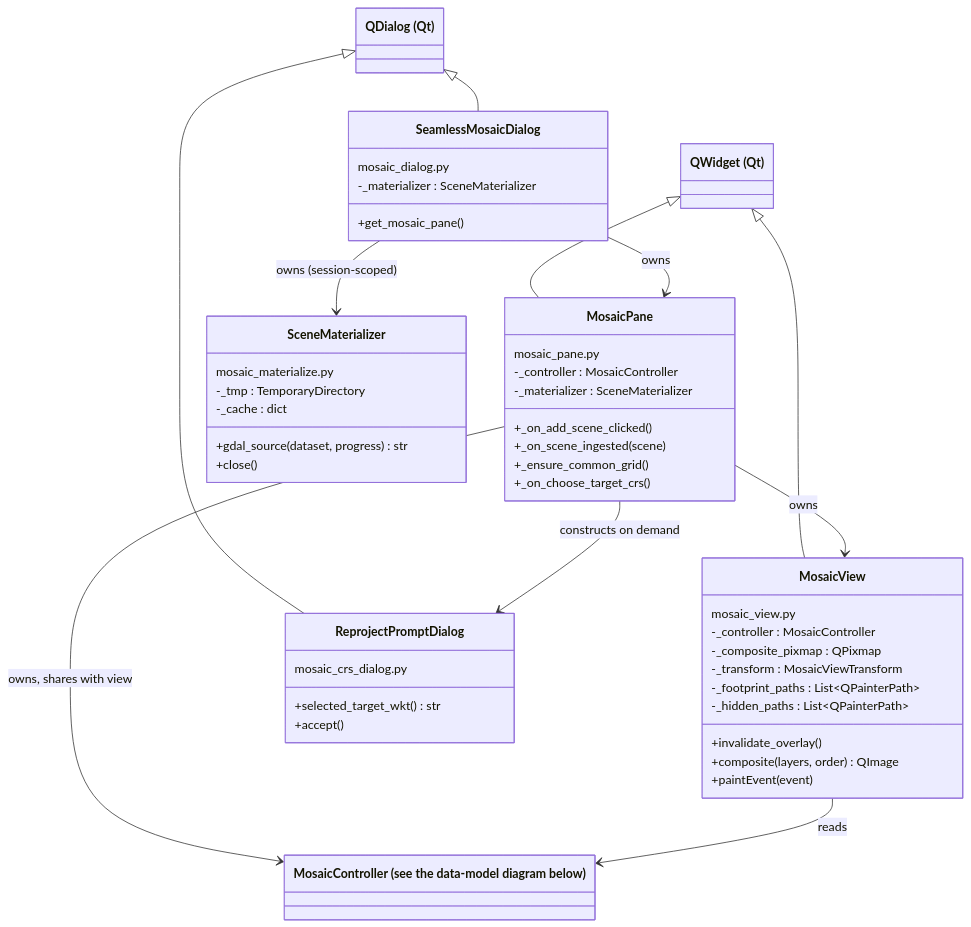
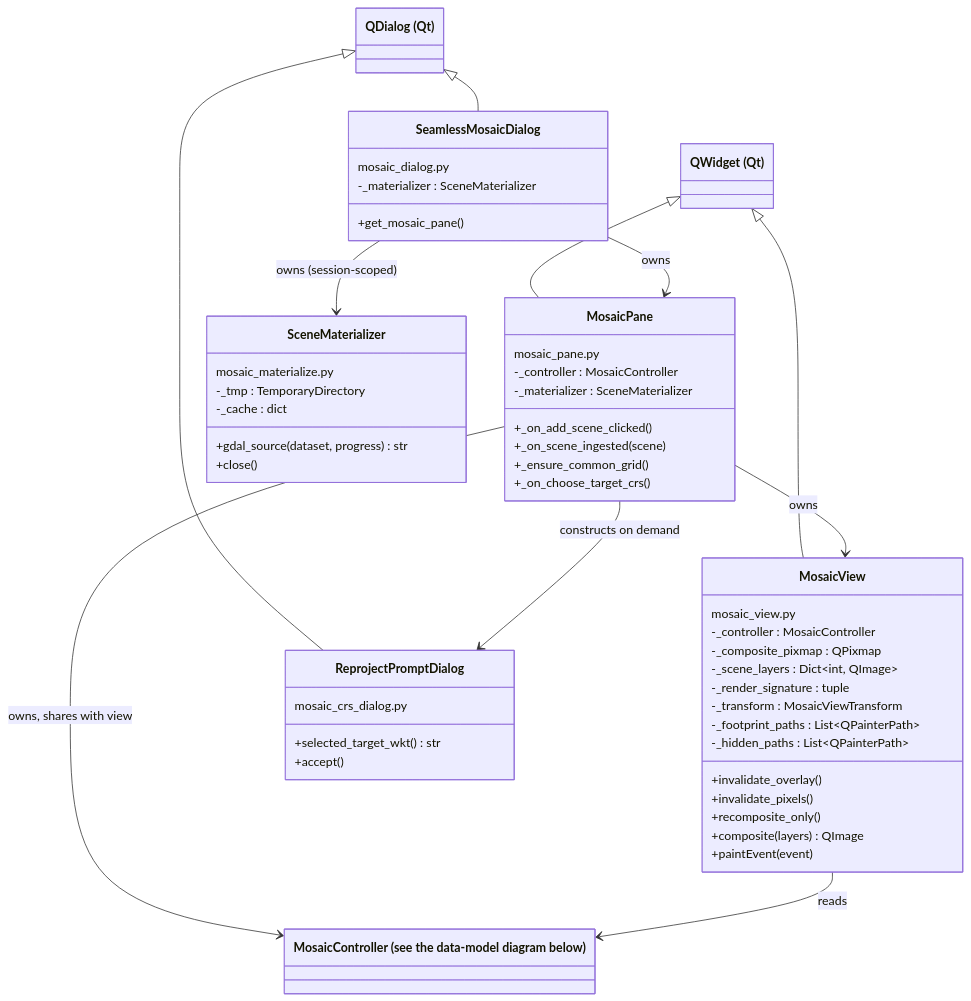
One commit to Ehlmann-research-group/WISER changed the first of 6 diagrams in doc/sphinx-general-wiser-docs/source/developer-content/mosaic-internals.md. Above: the diagram before and after it, drawn with Mermaid. The commit also changed other lines of this file, not shown here.

````diff
--- a/doc/sphinx-general-wiser-docs/source/developer-content/mosaic-internals.md
+++ b/doc/sphinx-general-wiser-docs/source/developer-content/mosaic-internals.md
@@ -72,62 +74,66 @@
 ```{mermaid}
 classDiagram
     direction TB
 
     class QDialog["QDialog (Qt)"]
     class QWidget["QWidget (Qt)"]
     class MosaicController["MosaicController (see the data-model diagram below)"]
 
     class SeamlessMosaicDialog {
         mosaic_dialog.py
         -_materializer : SceneMaterializer
         +get_mosaic_pane()
     }
 
     class MosaicPane {
         mosaic_pane.py
         -_controller : MosaicController
         -_materializer : SceneMaterializer
         +_on_add_scene_clicked()
         +_on_scene_ingested(scene)
         +_ensure_common_grid()
         +_on_choose_target_crs()
     }
 
     class MosaicView {
         mosaic_view.py
         -_controller : MosaicController
         -_composite_pixmap : QPixmap
+        -_scene_layers : Dict~int, QImage~
+        -_render_signature : tuple
         -_transform : MosaicViewTransform
         -_footprint_paths : List~QPainterPath~
         -_hidden_paths : List~QPainterPath~
         +invalidate_overlay()
-        +composite(layers, order) QImage
+        +invalidate_pixels()
+        +recomposite_only()
+        +composite(layers) QImage
         +paintEvent(event)
     }
 
     class SceneMaterializer {
         mosaic_materialize.py
         -_tmp : TemporaryDirectory
         -_cache : dict
         +gdal_source(dataset, progress) str
         +close()
     }
 
     class ReprojectPromptDialog {
         mosaic_crs_dialog.py
         +selected_target_wkt() str
         +accept()
     }
 
     QDialog <|-- SeamlessMosaicDialog
     QDialog <|-- ReprojectPromptDialog
     QWidget <|-- MosaicPane
     QWidget <|-- MosaicView
 
     SeamlessMosaicDialog --> MosaicPane : owns
     SeamlessMosaicDialog --> SceneMaterializer : owns (session-scoped)
     MosaicPane --> MosaicView : owns
     MosaicPane --> ReprojectPromptDialog : constructs on demand
     MosaicPane --> MosaicController : owns, shares with view
     MosaicView --> MosaicController : reads
 ```
````
